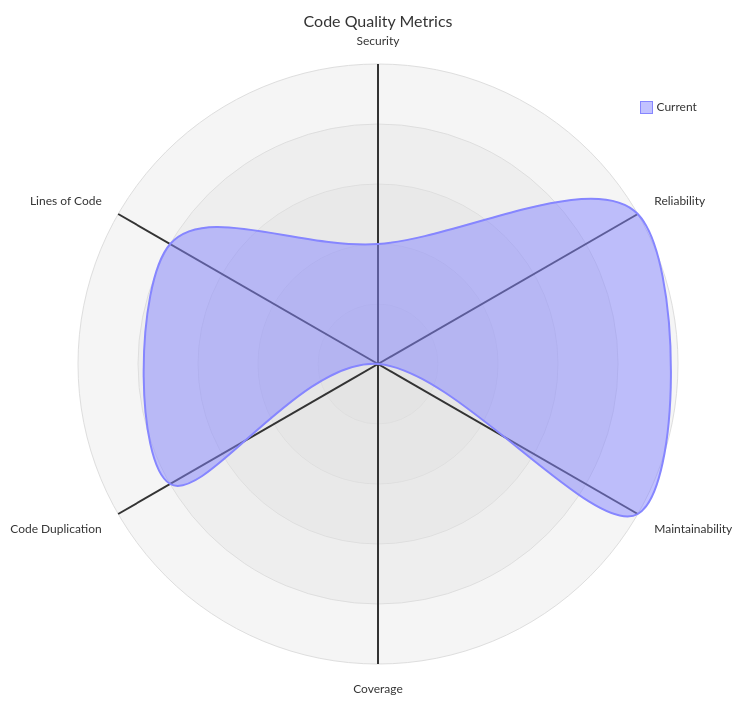
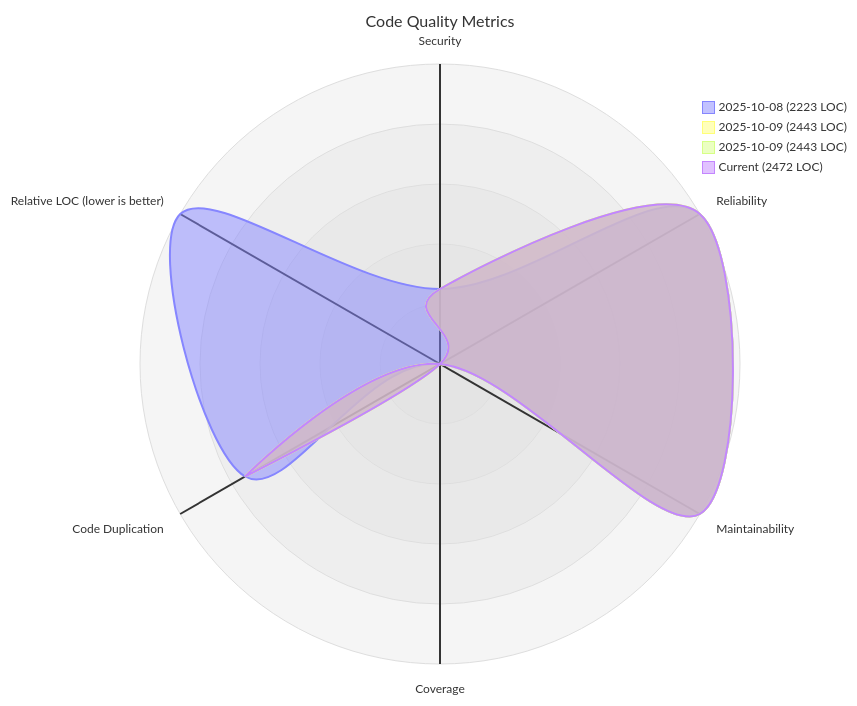
Before and after one commit to merlinbecker/CodexMiroir: the diagram in codequality/report.md, drawn with Mermaid. The commit also changed other lines of this file, not shown here.

Commit message:
Update code quality report [skip ci]

````diff
--- a/codequality/report.md
+++ b/codequality/report.md
@@ -3,11 +5,14 @@
 ```mermaid
 ---
 title: "Code Quality Metrics"
 ---
 radar-beta
   axis s["Security"], r["Reliability"], m["Maintainability"]
-  axis c["Coverage"], d["Code Duplication"], l["Lines of Code"]
-  curve current["Current"]{2, 5, 5, 0, 4, 4}
+  axis c["Coverage"], d["Code Duplication"], l["Relative LOC (lower is better)"]
+  curve p_2025_10_08_2223_LOC_["2025-10-08 (2223 LOC)"]{2, 5, 5, 0, 4, 5}
+  curve p_2025_10_09_2443_LOC_["2025-10-09 (2443 LOC)"]{2, 5, 5, 0, 4, 1}
+  curve p_2025_10_09_2443_LOC_["2025-10-09 (2443 LOC)"]{2, 5, 5, 0, 4, 1}
+  curve p_Current_2472_LOC_["Current (2472 LOC)"]{2, 5, 5, 0, 4, 1}
   max 5
-  min 0
+  min 1
 ```
````
